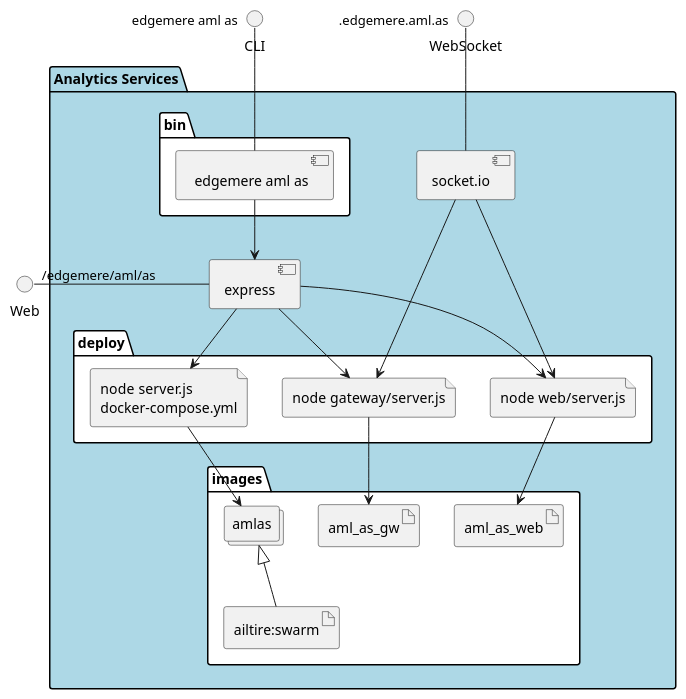
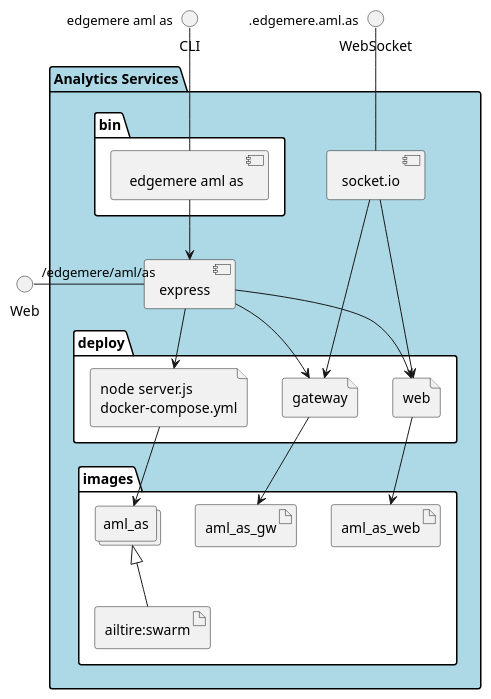
One commit to madajaju/edgemere changed the diagram in docs/edgemere/aml/as/envs/prod/physical.puml. Above: the diagram before and after it, drawn with PlantUML. The commit also changed 1701 other files, not shown here.

```diff
--- a/docs/edgemere/aml/as/envs/prod/physical.puml
+++ b/docs/edgemere/aml/as/envs/prod/physical.puml
@@ -1,46 +1,46 @@
 @startuml
   interface CLI
   interface Web
   interface WebSocket
 package "Analytics Services" #lightblue {
   component express as REST
   component socket.io as socket
   folder bin #ffffff {
     component " edgemere aml as" as binName
   }
   binName --> REST
 
   folder deploy #ffffff {
-      file "node server.js\ndocker-compose.yml" as amlas_container
-      REST --> amlas_container
+      file "node server.js\ndocker-compose.yml" as aml_as_container
+      REST --> aml_as_container
 
   
-    file "node web/server.js" as web_container
+    file "web" as web_container
     REST --> web_container
     socket ---> web_container
   
-    file "node gateway/server.js" as gateway_container
+    file "gateway" as gateway_container
     REST --> gateway_container
     socket ---> gateway_container
   
   }
   folder images #ffffff {
-    collections "amlas" as amlasimage
+    collections "aml_as" as aml_asimage
     artifact "ailtire:swarm" as ailtireswarm
-    amlasimage <|-- ailtireswarm
-    amlas_container --> amlasimage
+    aml_asimage <|-- ailtireswarm
+    aml_as_container --> aml_asimage
 
   
       artifact aml_as_web
       web_container --> aml_as_web
     
       artifact aml_as_gw
       gateway_container --> aml_as_gw
     
   }
 }
 CLI " edgemere aml as" -- binName
 Web "/edgemere/aml/as" - REST
 WebSocket ".edgemere.aml.as" -- socket
 
 @enduml
```
